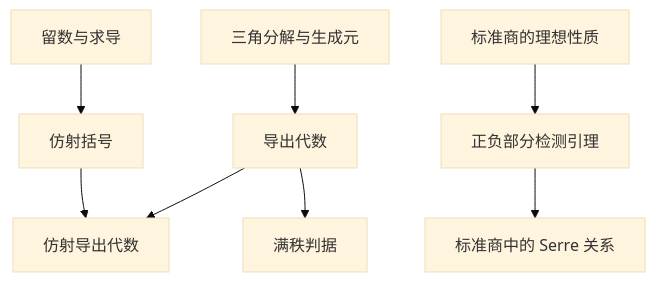
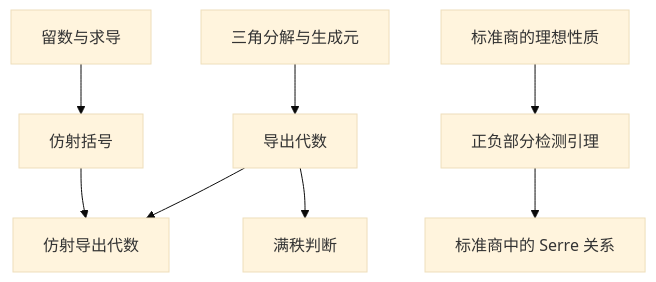
One commit to xsoc1/math-notes changed the second of 4 diagrams in 李代数/00_李代数课程总览.md. Above: the diagram before and after it, drawn with Mermaid (base theme). The commit also changed other lines of this file and 134 other files, not shown here.

````diff
--- a/李代数/00_李代数课程总览.md
+++ b/李代数/00_李代数课程总览.md
@@ -146,10 +129,10 @@
 ```mermaid
 flowchart TD
-	A[留数与求导] --> B[仿射括号]
-	C[三角分解与生成元] --> D[导出代数]
-	D --> E[满秩判据]
-	B --> F[仿射导出代数]
-	D --> F
-	G[标准商的理想性质] --> H[正负部分检测引理]
-	H --> S[标准商中的 Serre 关系]
+    A[留数与求导] --> B[仿射括号]
+    C[三角分解与生成元] --> D[导出代数]
+    D --> E[满秩判断]
+    B --> F[仿射导出代数]
+    D --> F
+    G[标准商的理想性质] --> H[正负部分检测引理]
+    H --> S[标准商中的 Serre 关系]
 ```
````
